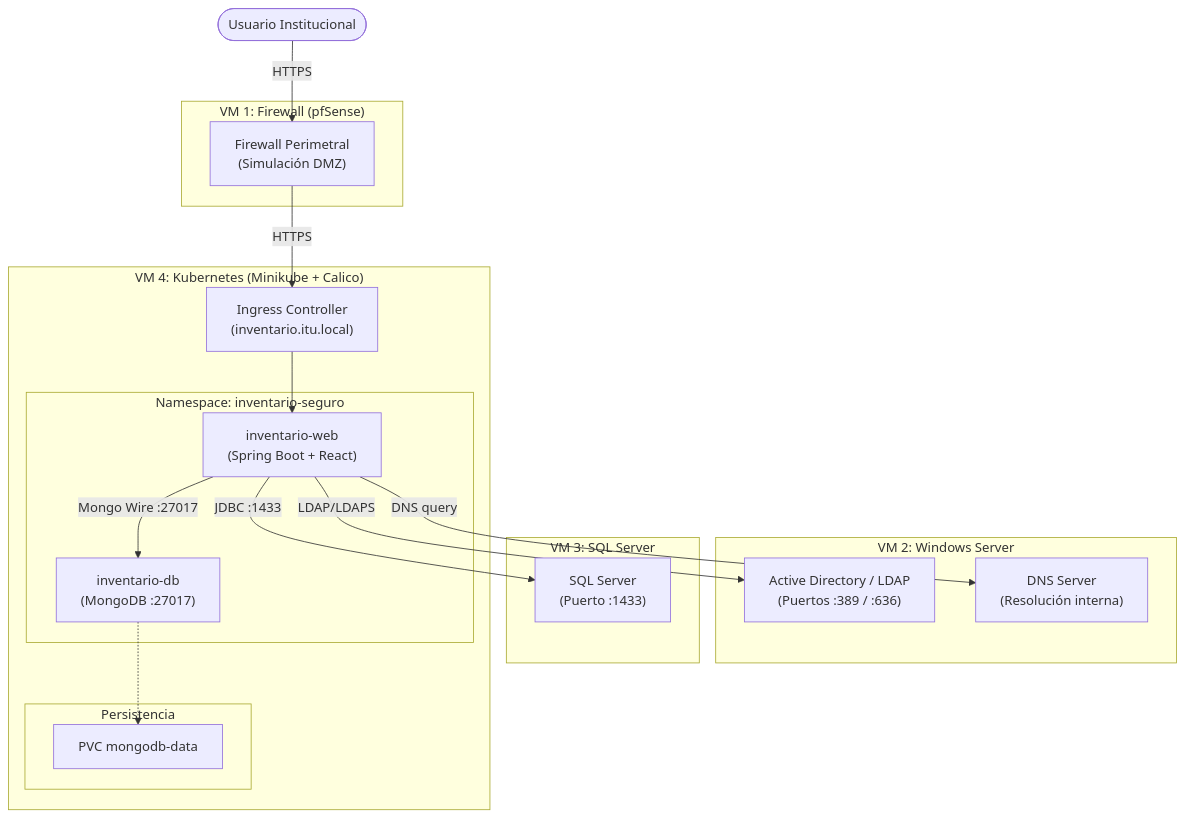
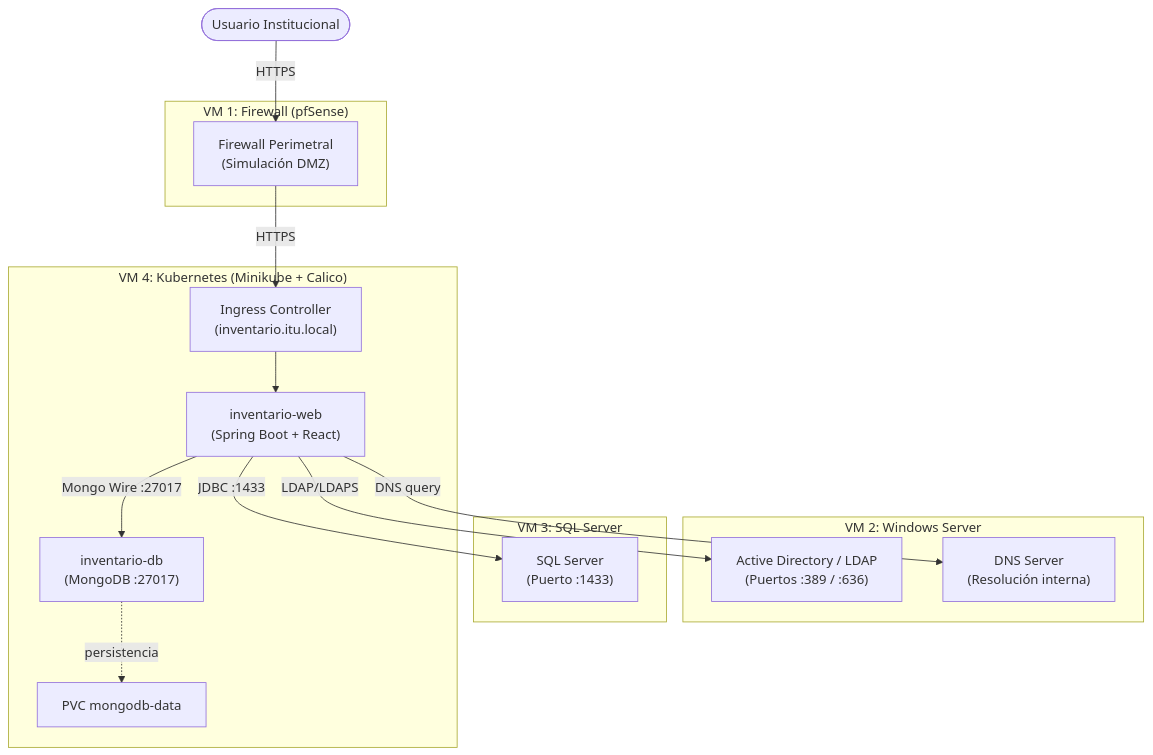
Before and after one commit to juanmahumeniuk/egi-inventario-seguro: the first of 6 diagrams in docs/Informe_EGI_Inventario.md, drawn with Mermaid. The commit also changed 4 other files, not shown here.

First line of the commit message:
docs: update system architecture and topology diagrams in README and reports

````diff
--- a/docs/Informe_EGI_Inventario.md
+++ b/docs/Informe_EGI_Inventario.md
@@ -48,40 +48,33 @@
 ```mermaid
-graph TD
+flowchart TB
     U([Usuario Institucional])
 
     subgraph VM1["VM 1: Firewall (pfSense)"]
-        FW["Firewall Perimetral\n(Simulación DMZ)"]
+        FW["Firewall Perimetral<br/>(Simulación DMZ)"]
     end
 
     subgraph VM2["VM 2: Windows Server"]
-        AD["Active Directory / LDAP\n(Puertos :389 / :636)"]
-        DNS["DNS Server\n(Resolución interna)"]
+        AD["Active Directory / LDAP<br/>(Puertos :389 / :636)"]
+        DNS["DNS Server<br/>(Resolución interna)"]
     end
 
     subgraph VM3["VM 3: SQL Server"]
-        SQL["SQL Server\n(Puerto :1433)"]
+        SQL["SQL Server<br/>(Puerto :1433)"]
     end
 
     subgraph VM4["VM 4: Kubernetes (Minikube + Calico)"]
-        IC["Ingress Controller\n(inventario.itu.local)"]
-        
-        subgraph NS["Namespace: inventario-seguro"]
-            FE["inventario-web\n(Spring Boot + React)"]
-            MONGO["inventario-db\n(MongoDB :27017)"]
-        end
-
-        subgraph PV["Persistencia"]
-            PV2[PVC mongodb-data]
-        end
+        IC["Ingress Controller<br/>(inventario.itu.local)"]
+        FE["inventario-web<br/>(Spring Boot + React)"]
+        MONGO["inventario-db<br/>(MongoDB :27017)"]
+        PV2["PVC mongodb-data"]
     end
 
-    U -- "HTTPS" --> FW
-    FW -- "HTTPS" --> IC
+    U -->|HTTPS| FW
+    FW -->|HTTPS| IC
     IC --> FE
-
-    FE -- "LDAP/LDAPS" --> AD
-    FE -- "DNS query" --> DNS
-    FE -- "JDBC :1433" --> SQL
-    FE -- "Mongo Wire :27017" --> MONGO
-    MONGO -.-> PV2
+    FE -->|LDAP/LDAPS| AD
+    FE -->|DNS query| DNS
+    FE -->|JDBC :1433| SQL
+    FE -->|Mongo Wire :27017| MONGO
+    MONGO -.->|persistencia| PV2
 ```
````
